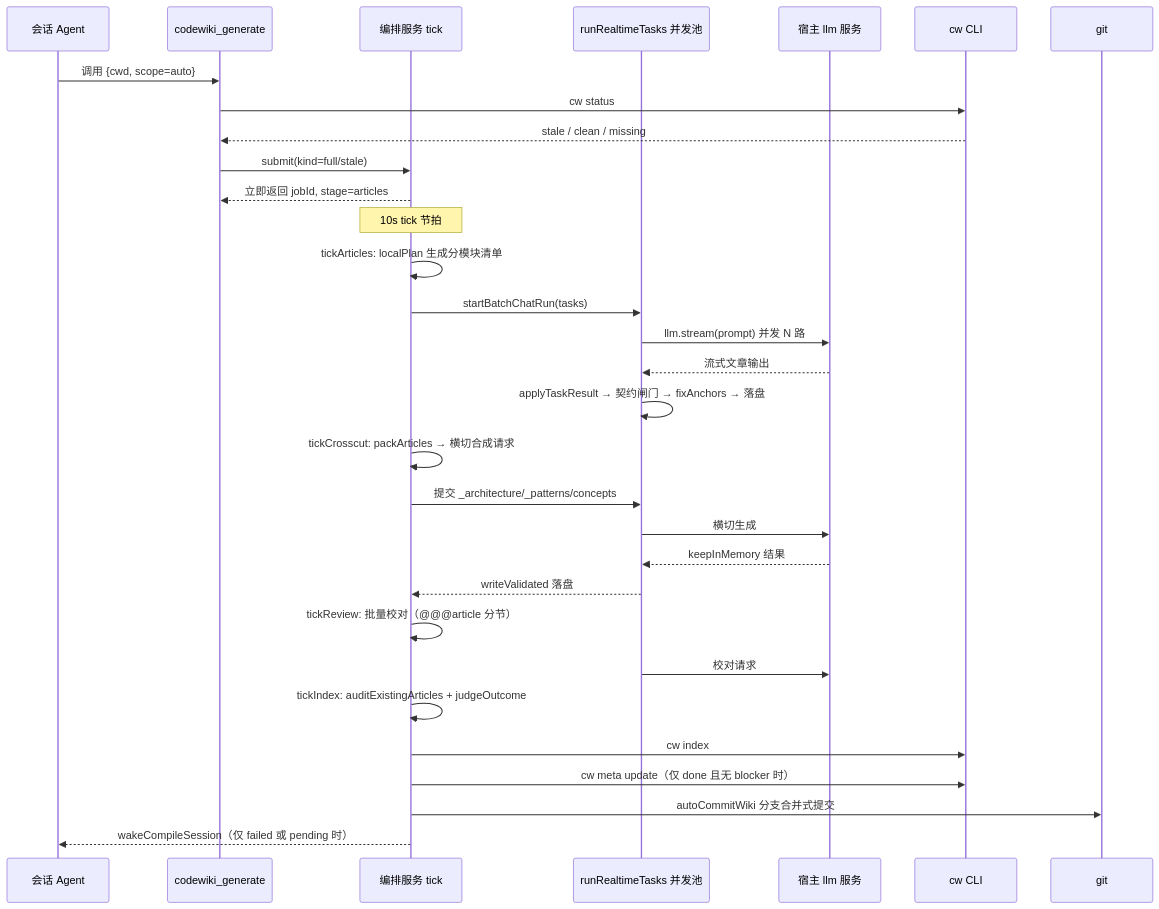
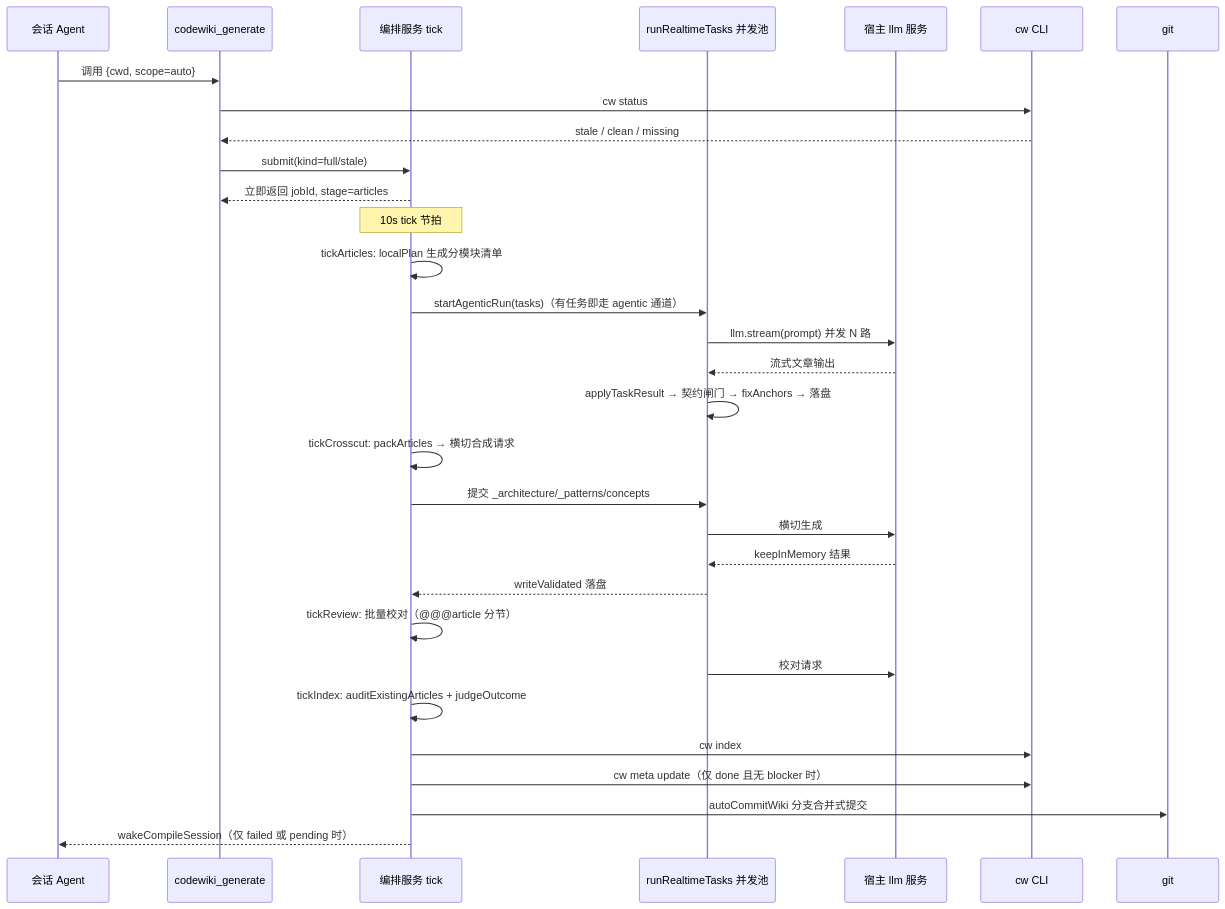
One commit to ikliml666/dsh-codewiki changed the second of 6 diagrams in .codewiki/modules/core-entry.md. Above: the diagram before and after it, drawn with Mermaid. The commit also changed other lines of this file and 17 other files, not shown here.

````diff
--- a/.codewiki/modules/core-entry.md
+++ b/.codewiki/modules/core-entry.md
@@ -198,37 +198,37 @@
 ```mermaid
 sequenceDiagram
     participant Agent as 会话 Agent
     participant Tool as codewiki_generate
     participant Svc as 编排服务 tick
     participant Pool as runRealtimeTasks 并发池
     participant LLM as 宿主 llm 服务
     participant CW as cw CLI
     participant Git as git
 
     Agent->>Tool: 调用 {cwd, scope=auto}
     Tool->>CW: cw status
     CW-->>Tool: stale / clean / missing
     Tool->>Svc: submit(kind=full/stale)
     Svc-->>Tool: 立即返回 jobId, stage=articles
 
     Note over Svc: 10s tick 节拍
     Svc->>Svc: tickArticles: localPlan 生成分模块清单
-    Svc->>Pool: startBatchChatRun(tasks)
+    Svc->>Pool: startAgenticRun(tasks)（有任务即走 agentic 通道）
     Pool->>LLM: llm.stream(prompt) 并发 N 路
     LLM-->>Pool: 流式文章输出
     Pool->>Pool: applyTaskResult → 契约闸门 → fixAnchors → 落盘
 
     Svc->>Svc: tickCrosscut: packArticles → 横切合成请求
     Svc->>Pool: 提交 _architecture/_patterns/concepts
     Pool->>LLM: 横切生成
     LLM-->>Pool: keepInMemory 结果
     Pool-->>Svc: writeValidated 落盘
 
     Svc->>Svc: tickReview: 批量校对（@@@article 分节）
     Pool->>LLM: 校对请求
     Svc->>Svc: tickIndex: auditExistingArticles + judgeOutcome
     Svc->>CW: cw index
     Svc->>CW: cw meta update（仅 done 且无 blocker 时）
     Svc->>Git: autoCommitWiki 分支合并式提交
     Svc-->>Agent: wakeCompileSession（仅 failed 或 pending 时）
 ```
````
